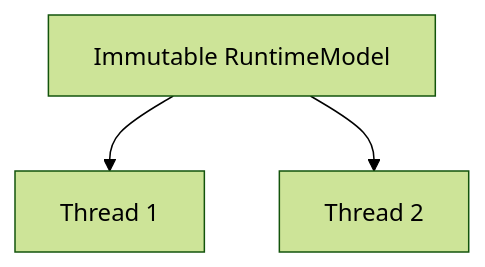
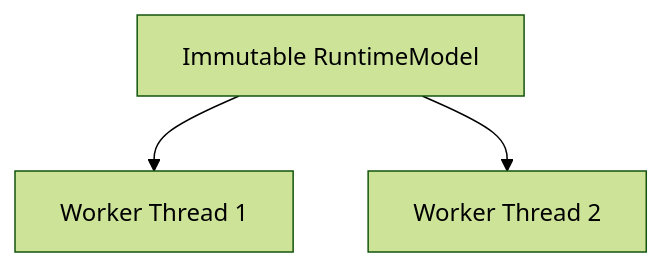
The seventh of 17 diagrams in docs/architecture/chapters/21-Performance.md (finmsg-io/dmn-compiler-toolkit), drawn with Mermaid (forest theme) before and after one commit. The commit also changed other lines of this file and 48 other files, not shown here.

Commit message:
docs: modernize architecture chapters, harmonize numbering, and configure global Mermaid theme

````diff
--- a/docs/architecture/chapters/21-Performance.md
+++ b/docs/architecture/chapters/21-Performance.md
@@ -313,5 +255,5 @@
 ```mermaid
 flowchart TD
-    Model["Immutable RuntimeModel"] --> T1["Thread 1"]
-    Model --> T2["Thread 2"]
+    Model["Immutable RuntimeModel"] --> T1["Worker Thread 1"]
+    Model --> T2["Worker Thread 2"]
 ```
````
